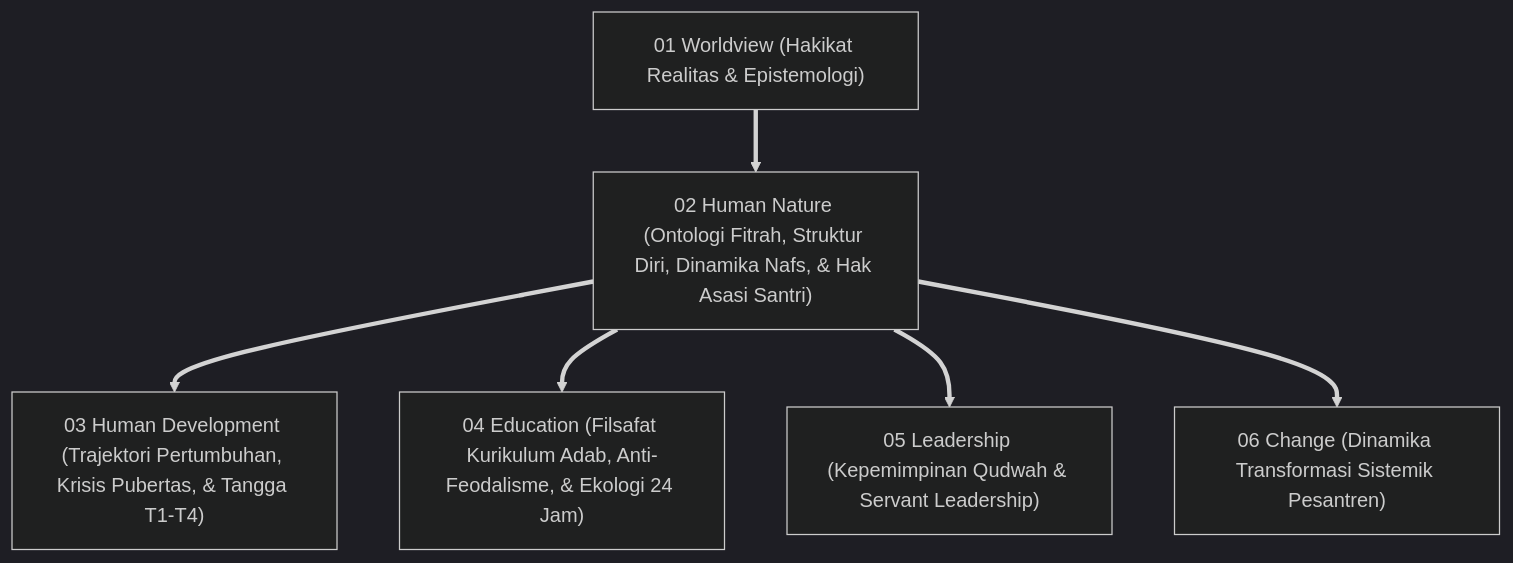
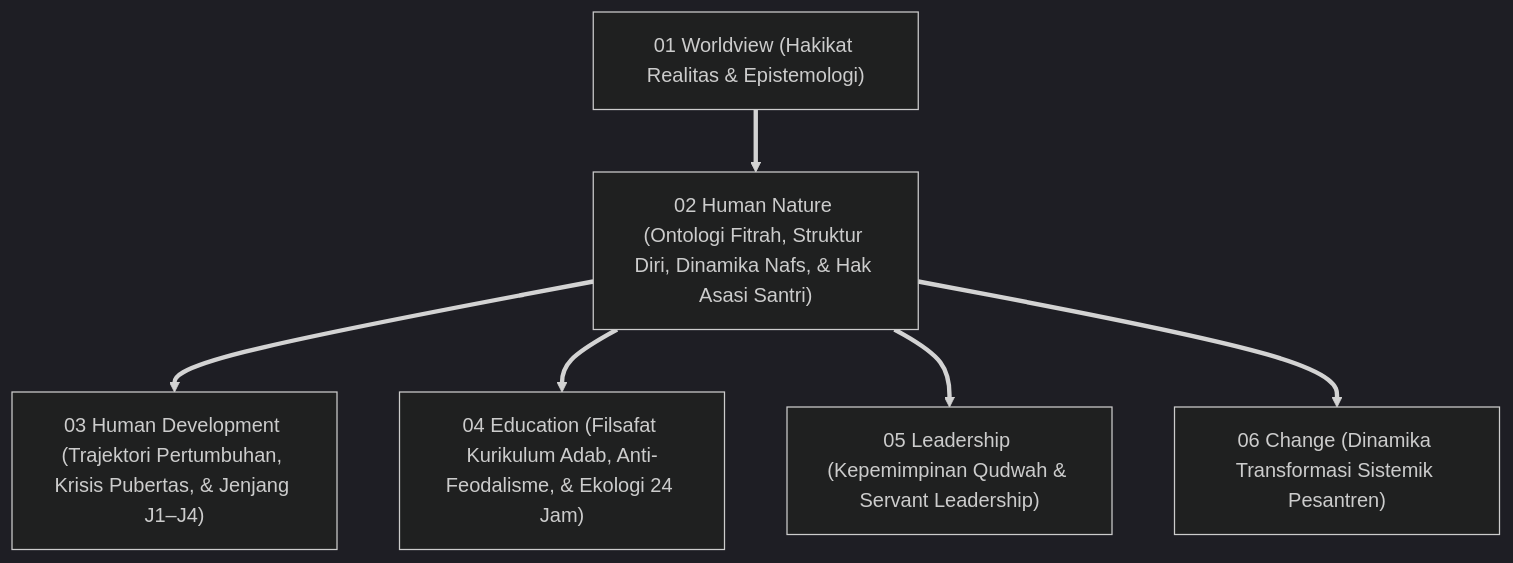
One commit to wandiapriliyandi/tumbuh changed the first of 3 diagrams in 01 Philosophy/02 Human Nature/P1-02-Human-Nature-TUMBUH.md. Above: the diagram before and after it, drawn with Mermaid (dark theme). The commit also changed 209 other files, not shown here.

````diff
--- a/01 Philosophy/02 Human Nature/P1-02-Human-Nature-TUMBUH.md
+++ b/01 Philosophy/02 Human Nature/P1-02-Human-Nature-TUMBUH.md
@@ -50,10 +50,10 @@
 ```mermaid
 graph TD
     WV["01 Worldview (Hakikat Realitas & Epistemologi)"] 
     ==> HN["02 Human Nature (Ontologi Fitrah, Struktur Diri, Dinamika Nafs, & Hak Asasi Santri)"]
     
-    HN ==> HD["03 Human Development (Trajektori Pertumbuhan, Krisis Pubertas, & Tangga T1-T4)"]
+    HN ==> HD["03 Human Development (Trajektori Pertumbuhan, Krisis Pubertas, & Jenjang J1–J4)"]
     HN ==> ED["04 Education (Filsafat Kurikulum Adab, Anti-Feodalisme, & Ekologi 24 Jam)"]
     HN ==> LD["05 Leadership (Kepemimpinan Qudwah & Servant Leadership)"]
     HN ==> CH["06 Change (Dinamika Transformasi Sistemik Pesantren)"]
 ```
````
